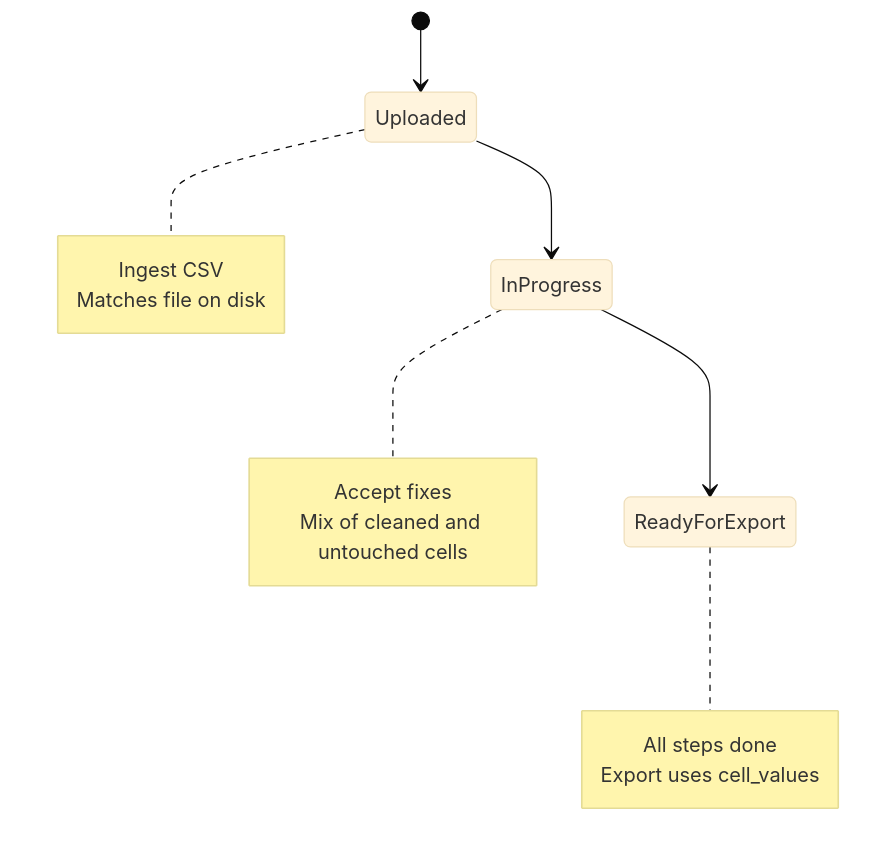
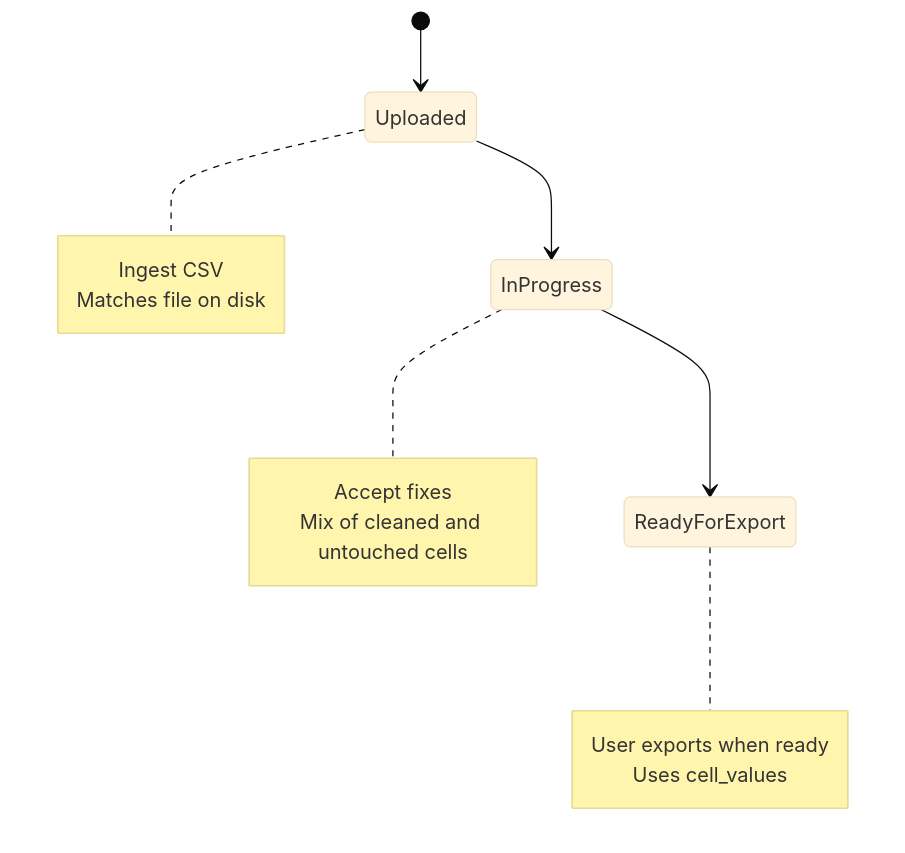
The third of 6 diagrams in docs/database-schema.md (EmmS21/keyestakehome), drawn with Mermaid (base theme) before and after one commit. The commit also changed other lines of this file and 21 other files, not shown here.

````diff
--- a/docs/database-schema.md
+++ b/docs/database-schema.md
@@ -93,21 +91,21 @@
 ```mermaid
 stateDiagram-v2
   [*] --> Uploaded
   Uploaded --> InProgress
   InProgress --> ReadyForExport
 
   note right of Uploaded
     Ingest CSV
     Matches file on disk
   end note
 
   note right of InProgress
     Accept fixes
     Mix of cleaned and untouched cells
   end note
 
   note right of ReadyForExport
-    All steps done
-    Export uses cell_values
+    User exports when ready
+    Uses cell_values
   end note
 ```
````
